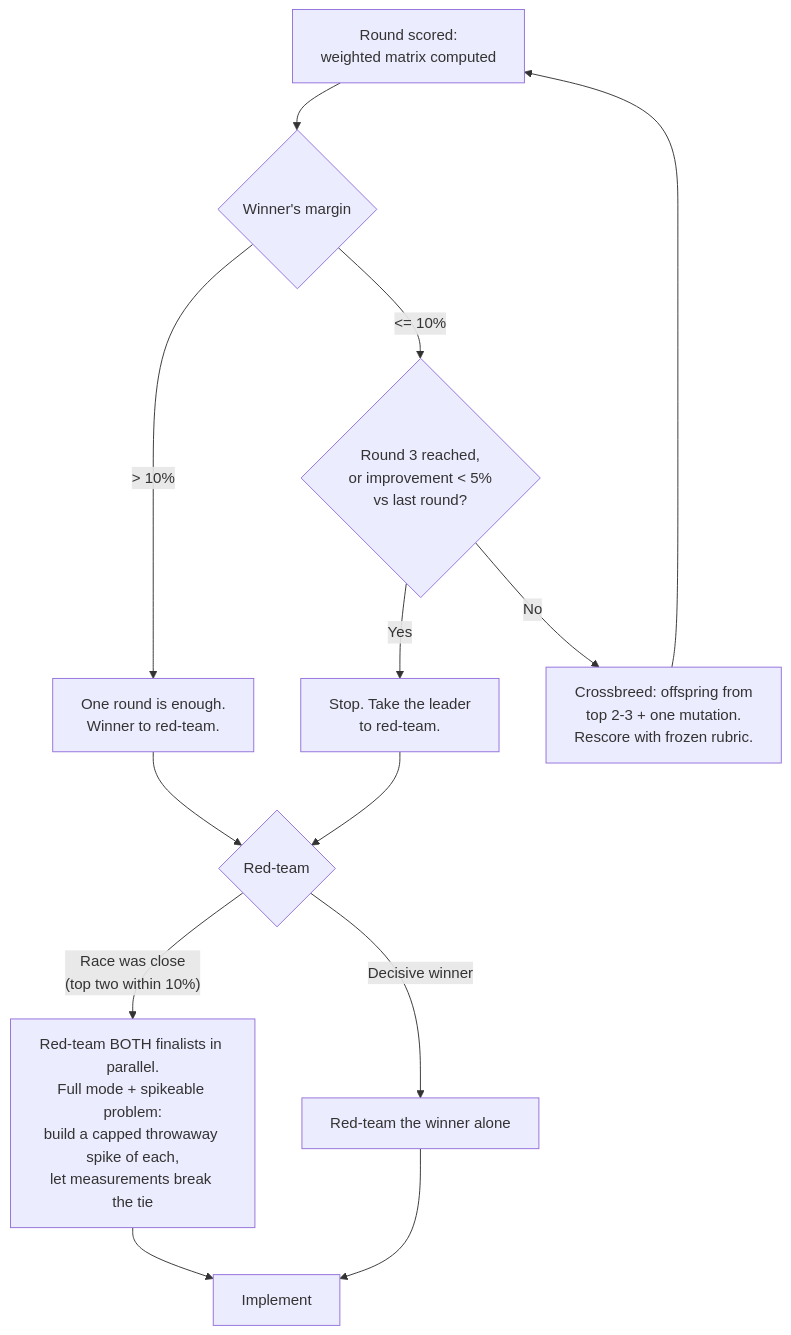
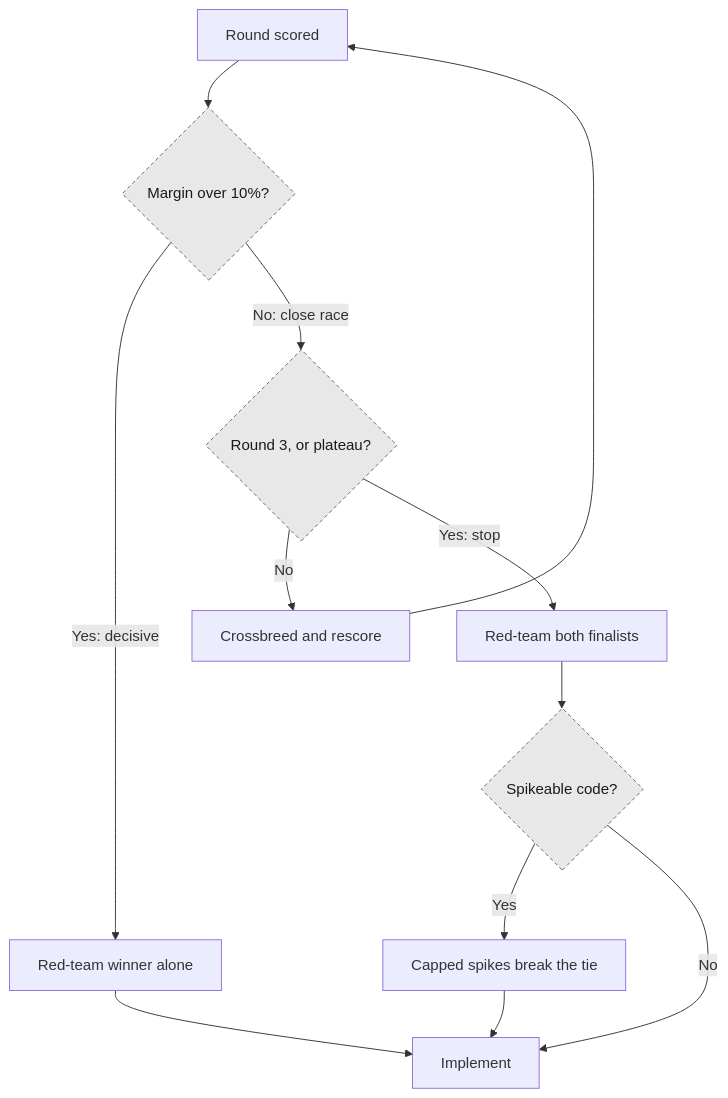
Before and after one commit to rwshiraishi/solution-tournament: the second of 2 diagrams in README.md, drawn with Mermaid. The commit also changed other lines of this file, not shown here.

First line of the commit message:
docs: fix diagram truncation, add who-decides-what ownership map

````diff
--- a/README.md
+++ b/README.md
@@ -158,20 +189,20 @@
 ```mermaid
 flowchart TD
-    Score["Round scored:<br/>weighted matrix computed"] --> Margin{"Winner's margin"}
+    Score[Round scored] --> Margin{Margin over 10%?}
 
-    Margin -->|"> 10%"| Win["One round is enough.<br/>Winner to red-team."]
-    Margin -->|"<= 10%"| Checks{"Round 3 reached,<br/>or improvement < 5%<br/>vs last round?"}
+    Margin -->|Yes: decisive| One[Red-team winner alone]
+    Margin -->|No: close race| Cap{Round 3, or plateau?}
 
-    Checks -->|Yes| Plateau["Stop. Take the leader<br/>to red-team."]
-    Checks -->|No| Cross["Crossbreed: offspring from<br/>top 2-3 + one mutation.<br/>Rescore with frozen rubric."]
+    Cap -->|No| Cross[Crossbreed and rescore]
     Cross --> Score
+    Cap -->|Yes: stop| Both[Red-team both finalists]
 
-    Win --> RT{Red-team}
-    Plateau --> RT
+    Both --> Spike{Spikeable code?}
+    Spike -->|Yes| Spikes[Capped spikes break the tie]
+    Spike -->|No| Impl
+    Spikes --> Impl[Implement]
+    One --> Impl
 
-    RT -->|"Race was close<br/>(top two within 10%)"| Both["Red-team BOTH finalists in parallel.<br/>Full mode + spikeable problem:<br/>build a capped throwaway spike of each,<br/>let measurements break the tie"]
-    RT -->|Decisive winner| One["Red-team the winner alone"]
-
-    Both --> Impl[Implement]
-    One --> Impl
+    classDef mech fill:#e8e8e8,stroke:#666,color:#1a1a1a,stroke-dasharray: 4 3
+    class Margin,Cap,Spike mech
 ```
````
